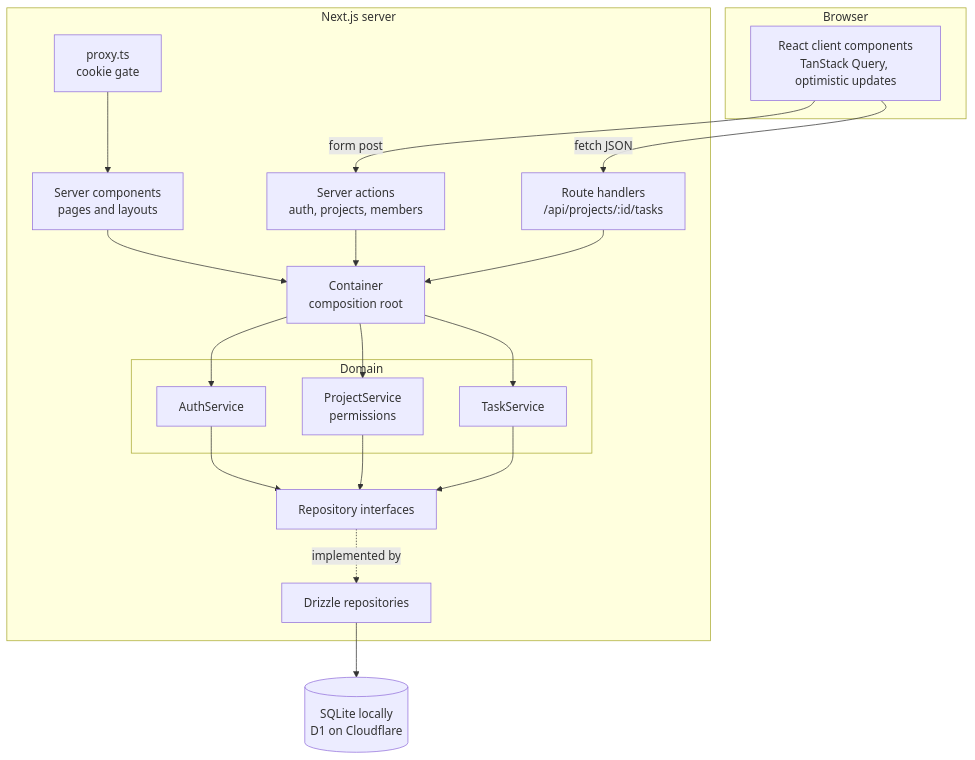
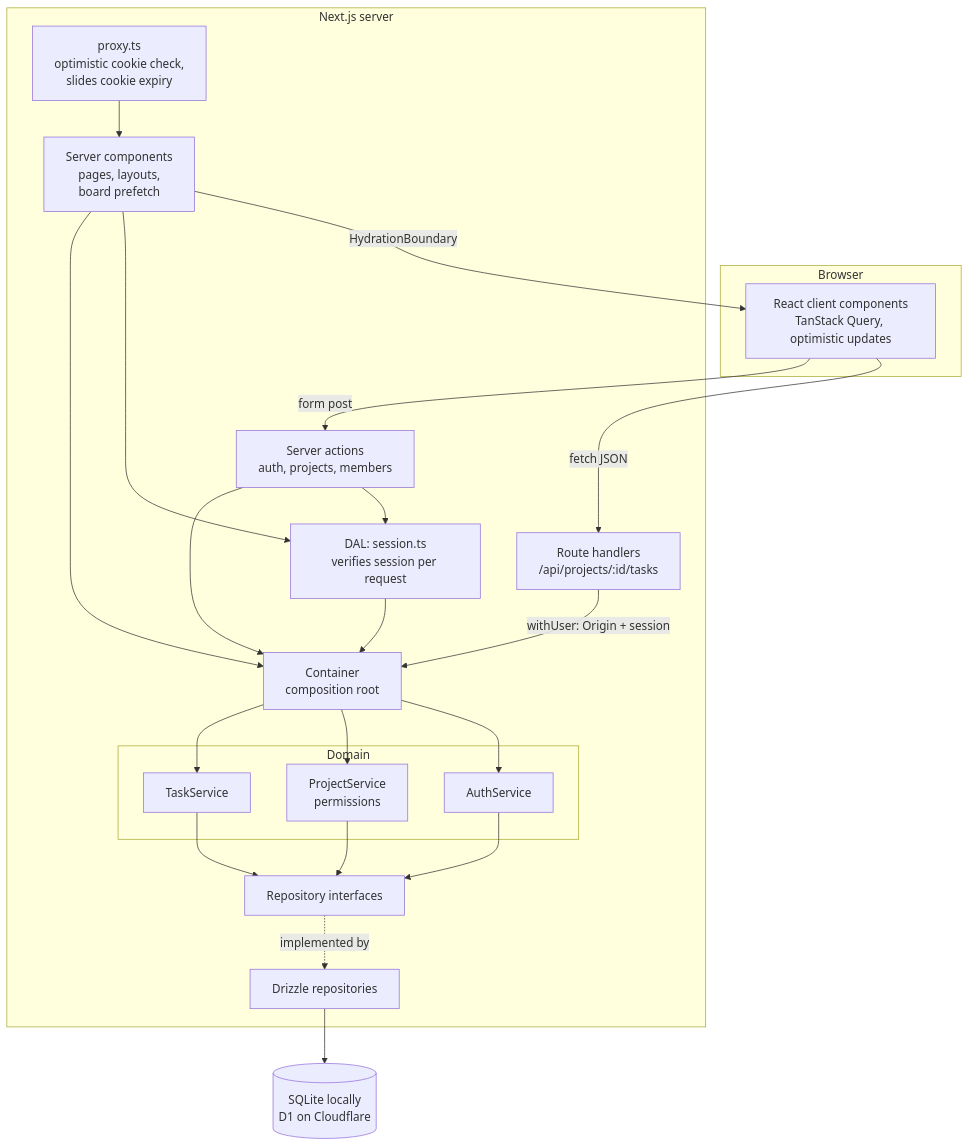
The diagram in README.md (informramiz/web-showcase), drawn with Mermaid before and after one commit. The commit also changed other lines of this file, not shown here.

Commit message:
docs: README with guidance table, updated architecture, tests and audit notes

````diff
--- a/README.md
+++ b/README.md
@@ -37,32 +39,36 @@
 ```mermaid
 flowchart TD
   subgraph Browser
     UI[React client components<br/>TanStack Query, optimistic updates]
   end
   subgraph Next.js server
-    Proxy[proxy.ts<br/>cookie gate]
-    RSC[Server components<br/>pages and layouts]
+    Proxy[proxy.ts<br/>optimistic cookie check,<br/>slides cookie expiry]
+    RSC[Server components<br/>pages, layouts,<br/>board prefetch]
+    DAL[DAL: session.ts<br/>verifies session per request]
     SA[Server actions<br/>auth, projects, members]
     API[Route handlers<br/>/api/projects/:id/tasks]
     C[Container<br/>composition root]
     subgraph Domain
       AS[AuthService]
       PS[ProjectService<br/>permissions]
       TS[TaskService]
     end
     Repo[Repository interfaces]
     DR[Drizzle repositories]
   end
   DB[(SQLite locally<br/>D1 on Cloudflare)]
 
   UI -- fetch JSON --> API
   UI -- form post --> SA
+  RSC -- HydrationBoundary --> UI
   Proxy --> RSC
+  RSC & SA --> DAL
+  DAL --> C
   RSC --> C
   SA --> C
-  API --> C
+  API -- withUser: Origin + session --> C
   C --> AS & PS & TS
   AS & PS & TS --> Repo
   Repo -.implemented by.-> DR
   DR --> DB
 ```
````
